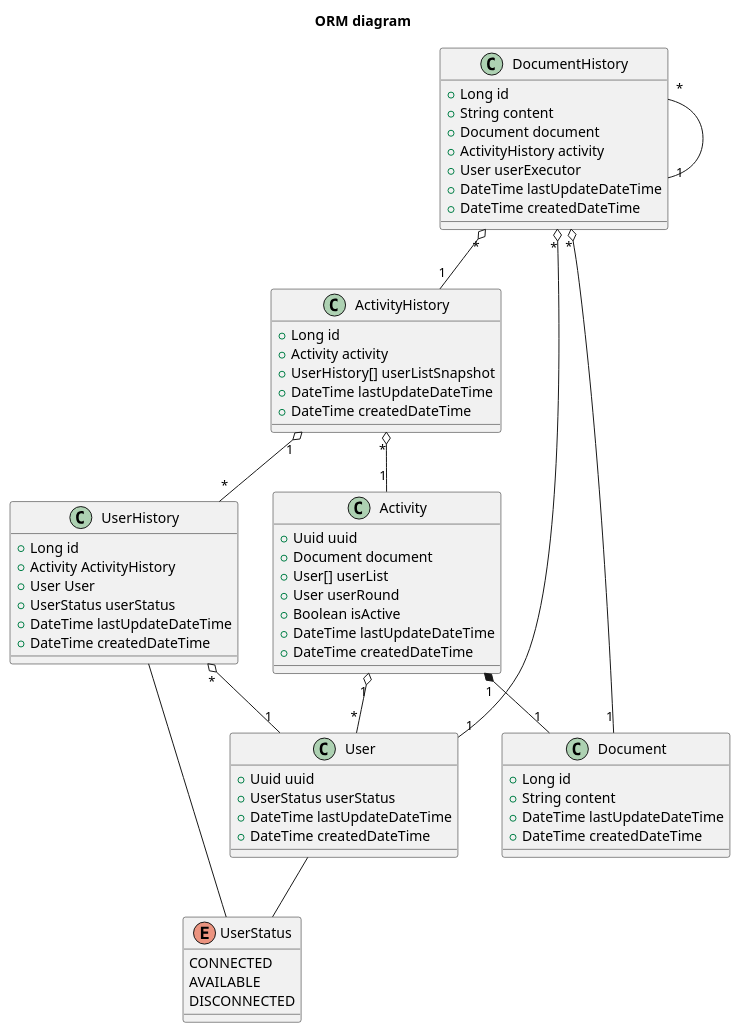
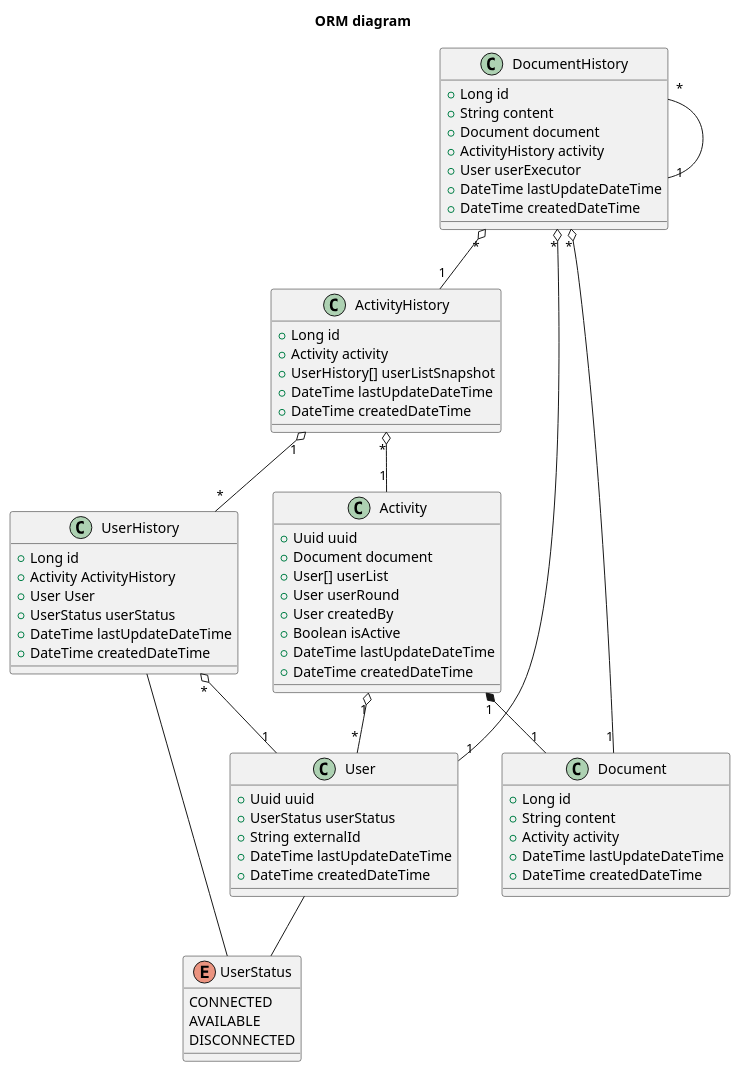
Before and after one commit to orion-services/Activity: the diagram in docs/diagrams/class/ORM.wsd, drawn with PlantUML. The commit also changed 28 other files, not shown here.

```diff
--- a/docs/diagrams/class/ORM.wsd
+++ b/docs/diagrams/class/ORM.wsd
@@ -1,80 +1,83 @@
 @startuml ORM
   title "ORM diagram"
   ' ------ CLASS DECLARATION ------
   class Activity {
     +Uuid uuid
     +Document document
     +User[] userList
     +User userRound
+    +User createdBy
     +Boolean isActive
     +DateTime lastUpdateDateTime
     +DateTime createdDateTime
   }
 
   class Document {
     +Long id
     +String content
+    +Activity activity
     +DateTime lastUpdateDateTime
     +DateTime createdDateTime
   }
 
   class DocumentHistory {
     +Long id
     +String content
     +Document document
     +ActivityHistory activity
     +User userExecutor
     +DateTime lastUpdateDateTime
     +DateTime createdDateTime
   }
 
   class ActivityHistory {
     +Long id
     +Activity activity
     +UserHistory[] userListSnapshot
     +DateTime lastUpdateDateTime
     +DateTime createdDateTime
   }
 
   class UserHistory {
     +Long id
     +Activity ActivityHistory
     +User User
     +UserStatus userStatus
     +DateTime lastUpdateDateTime
     +DateTime createdDateTime
   }
 
   class User {
     +Uuid uuid
     +UserStatus userStatus
+    +String externalId
     +DateTime lastUpdateDateTime
     +DateTime createdDateTime
   }
 
   enum UserStatus {
     CONNECTED
     AVAILABLE
     DISCONNECTED
   }
   ' ------ END CLASS DECLARATION ------
   ' -----------------------------------
   ' ------ RELATION DECLARATIONS ------
   User -- UserStatus
 
   Activity "1" o-- "*"User
   Activity "1" *-- "1" Document
 
   ActivityHistory "*" o-- "1" Activity
   ActivityHistory "1" o-- "*" UserHistory
 
   DocumentHistory "*" o-- "1" Document
   DocumentHistory "*" o-- "1" User
   DocumentHistory "*" o-- "1" ActivityHistory
   DocumentHistory "*" O-- "1" DocumentHistory
 
   UserHistory "*" o-- "1" User
   UserHistory -- UserStatus
 
   ' ------ END RELATION DECLARATIONS ------
 @enduml
```
